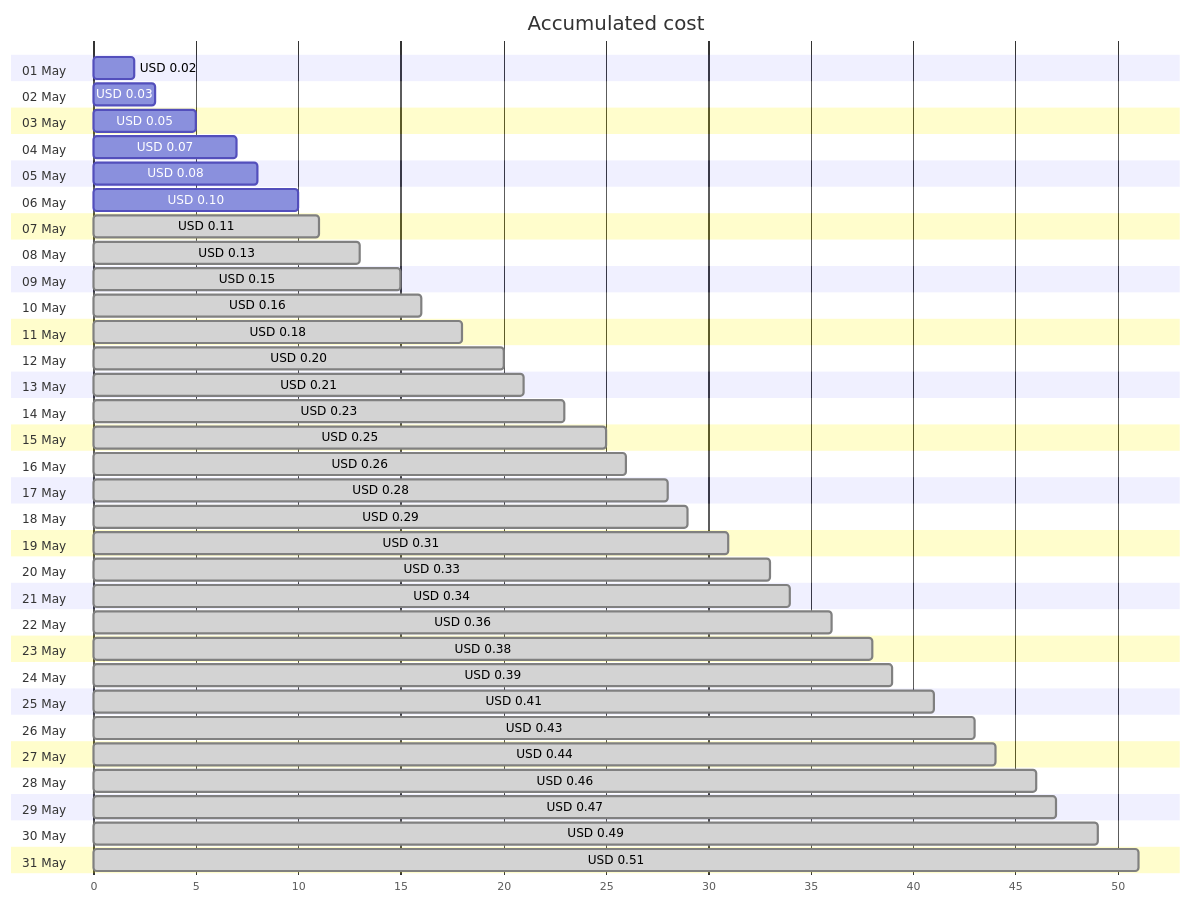
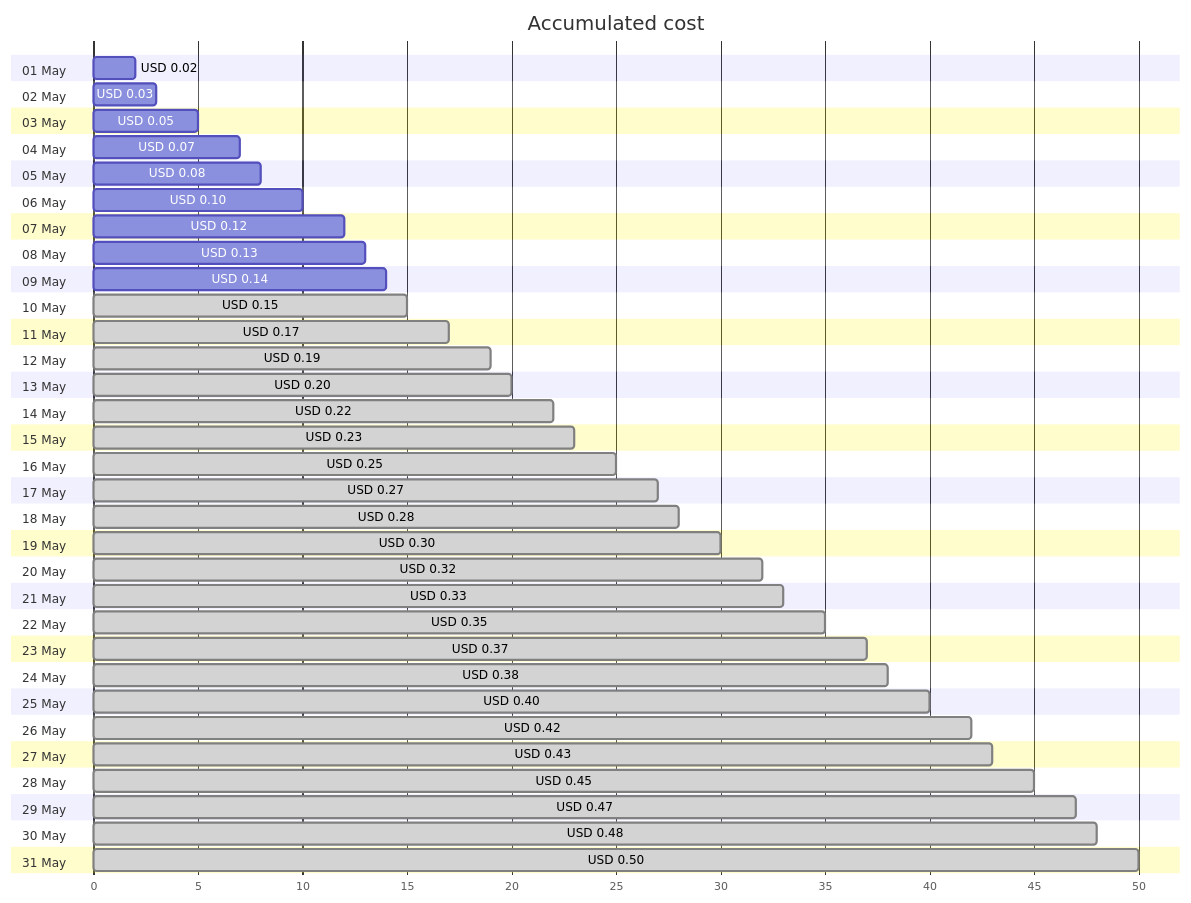
The first of 4 diagrams in cost-reports/personal-dns/jpatrickfulton.dev.md (jpfulton/azure-personal-reports), drawn with Mermaid before and after one commit. The commit also changed other lines of this file and 2 other files, not shown here.

Commit message:
Generated reports [skip ci]

````diff
--- a/cost-reports/personal-dns/jpatrickfulton.dev.md
+++ b/cost-reports/personal-dns/jpatrickfulton.dev.md
@@ -20,68 +20,68 @@
 ```mermaid
 gantt
    title Accumulated cost
    dateFormat  X
    axisFormat %s
    section 01 May
    USD 0.02 :0, 2
    section 02 May
    USD 0.03 :0, 3
    section 03 May
    USD 0.05 :0, 5
    section 04 May
    USD 0.07 :0, 7
    section 05 May
    USD 0.08 :0, 8
    section 06 May
    USD 0.10 :0, 10
    section 07 May
-   USD 0.11 : done, 0, 11
+   USD 0.12 :0, 12
    section 08 May
-   USD 0.13 : done, 0, 13
+   USD 0.13 :0, 13
    section 09 May
+   USD 0.14 :0, 14
+   section 10 May
    USD 0.15 : done, 0, 15
-   section 10 May
-   USD 0.16 : done, 0, 16
    section 11 May
-   USD 0.18 : done, 0, 18
+   USD 0.17 : done, 0, 17
    section 12 May
+   USD 0.19 : done, 0, 19
+   section 13 May
    USD 0.20 : done, 0, 20
-   section 13 May
-   USD 0.21 : done, 0, 21
    section 14 May
+   USD 0.22 : done, 0, 22
+   section 15 May
    USD 0.23 : done, 0, 23
-   section 15 May
+   section 16 May
    USD 0.25 : done, 0, 25
-   section 16 May
-   USD 0.26 : done, 0, 26
    section 17 May
+   USD 0.27 : done, 0, 27
+   section 18 May
    USD 0.28 : done, 0, 28
-   section 18 May
-   USD 0.29 : done, 0, 29
    section 19 May
-   USD 0.31 : done, 0, 31
+   USD 0.30 : done, 0, 30
    section 20 May
+   USD 0.32 : done, 0, 32
+   section 21 May
    USD 0.33 : done, 0, 33
-   section 21 May
-   USD 0.34 : done, 0, 34
    section 22 May
-   USD 0.36 : done, 0, 36
+   USD 0.35 : done, 0, 35
    section 23 May
+   USD 0.37 : done, 0, 37
+   section 24 May
    USD 0.38 : done, 0, 38
-   section 24 May
-   USD 0.39 : done, 0, 39
    section 25 May
-   USD 0.41 : done, 0, 41
+   USD 0.40 : done, 0, 40
    section 26 May
+   USD 0.42 : done, 0, 42
+   section 27 May
    USD 0.43 : done, 0, 43
-   section 27 May
-   USD 0.44 : done, 0, 44
    section 28 May
-   USD 0.46 : done, 0, 46
+   USD 0.45 : done, 0, 45
    section 29 May
    USD 0.47 : done, 0, 47
    section 30 May
-   USD 0.49 : done, 0, 49
+   USD 0.48 : done, 0, 48
    section 31 May
-   USD 0.51 : done, 0, 51
+   USD 0.50 : done, 0, 50
 ```
````
